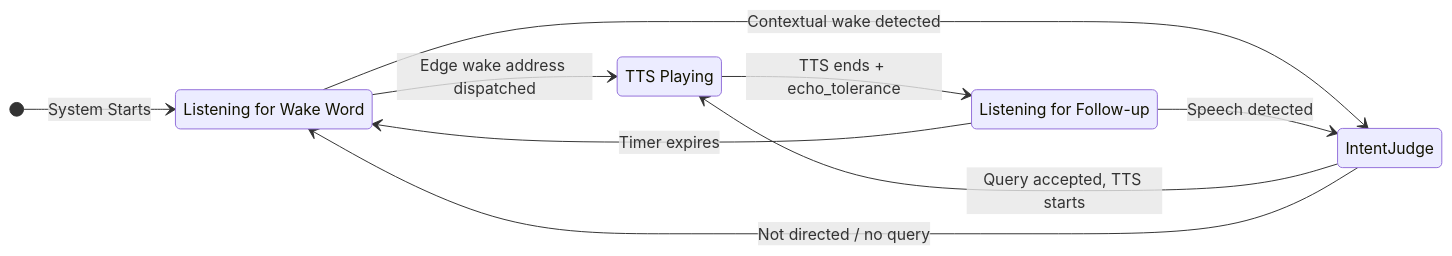
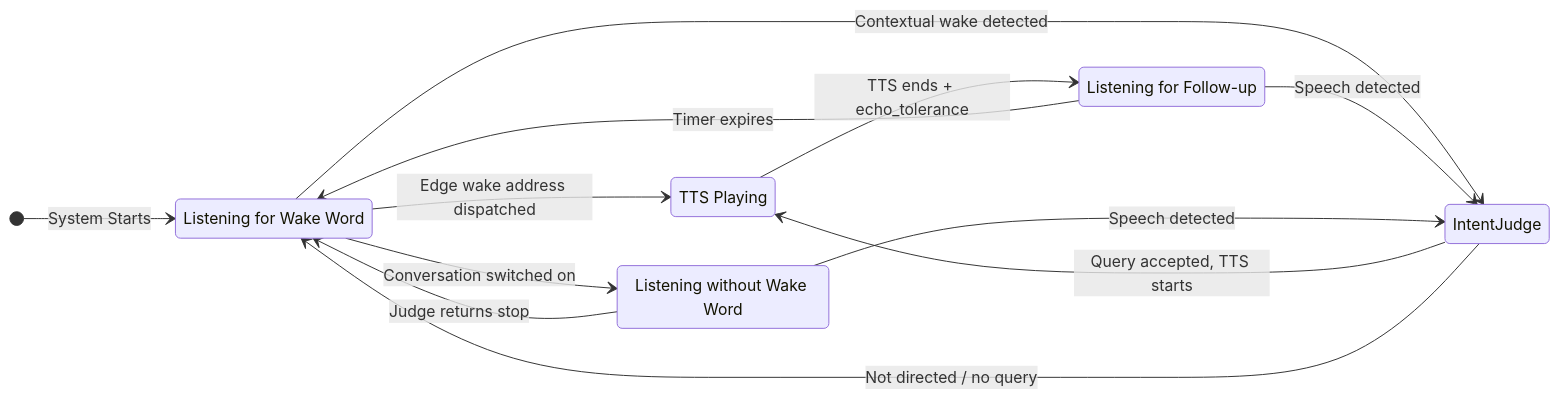
One commit to fg618455-droid/jarvis changed the diagram in src/jarvis/listening/listening.spec.md. Above: the diagram before and after it, drawn with Mermaid. The commit also changed other lines of this file and 4 other files, not shown here.

First line of the commit message:
feat(listening): talk without a wake word until you say stop

````diff
--- a/src/jarvis/listening/listening.spec.md
+++ b/src/jarvis/listening/listening.spec.md
@@ -325,17 +353,21 @@
 ```mermaid
 stateDiagram-v2
     direction LR
     [*] --> WakeWord: System Starts
 
     WakeWord: Listening for Wake Word
     HotWindow: Listening for Follow-up
+    Conversation: Listening without Wake Word
     DuringTTS: TTS Playing
 
     WakeWord --> DuringTTS: Edge wake address dispatched
     WakeWord --> IntentJudge: Contextual wake detected
     IntentJudge --> DuringTTS: Query accepted, TTS starts
     IntentJudge --> WakeWord: Not directed / no query
     DuringTTS --> HotWindow: TTS ends + echo_tolerance
     HotWindow --> IntentJudge: Speech detected
     HotWindow --> WakeWord: Timer expires
+    WakeWord --> Conversation: Conversation switched on
+    Conversation --> IntentJudge: Speech detected
+    Conversation --> WakeWord: Judge returns stop
 ```
````
